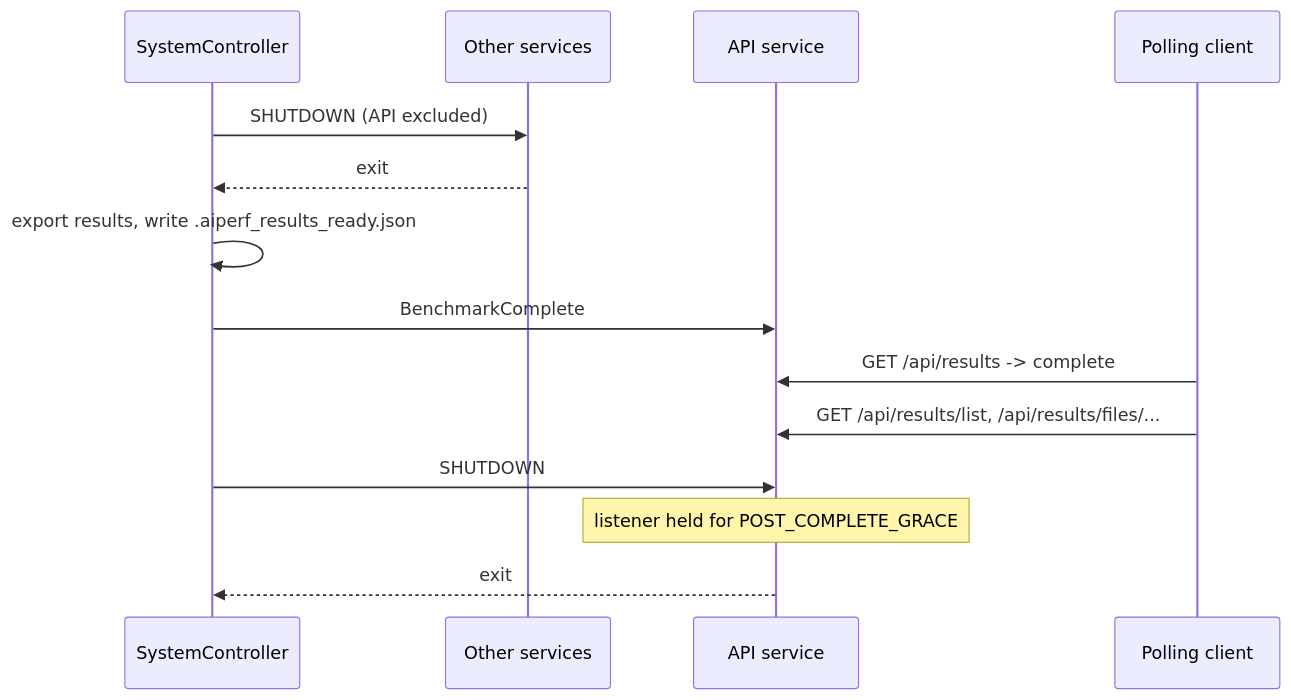
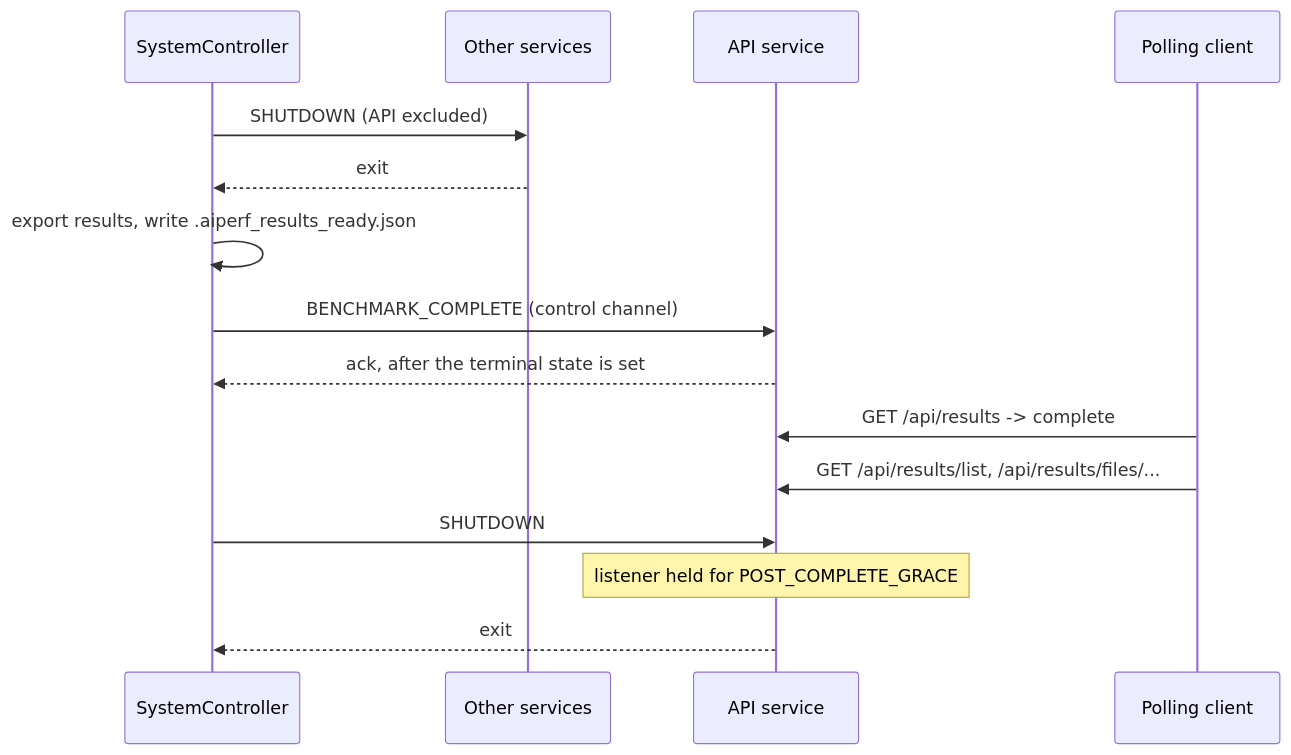
Before and after one commit to ai-dynamo/aiperf: the diagram in docs/reference/api-endpoints.md, drawn with Mermaid. The commit also changed other lines of this file and 14 other files, not shown here.

````diff
--- a/docs/reference/api-endpoints.md
+++ b/docs/reference/api-endpoints.md
@@ -36,16 +36,17 @@
 ```mermaid
 sequenceDiagram
     participant C as SystemController
     participant S as Other services
     participant A as API service
     participant P as Polling client
     C->>S: SHUTDOWN (API excluded)
     S-->>C: exit
     C->>C: export results, write .aiperf_results_ready.json
-    C->>A: BenchmarkComplete
+    C->>A: BENCHMARK_COMPLETE (control channel)
+    A-->>C: ack, after the terminal state is set
     P->>A: GET /api/results -> complete
     P->>A: GET /api/results/list, /api/results/files/...
     C->>A: SHUTDOWN
     Note over A: listener held for POST_COMPLETE_GRACE
     A-->>C: exit
 ```
````
